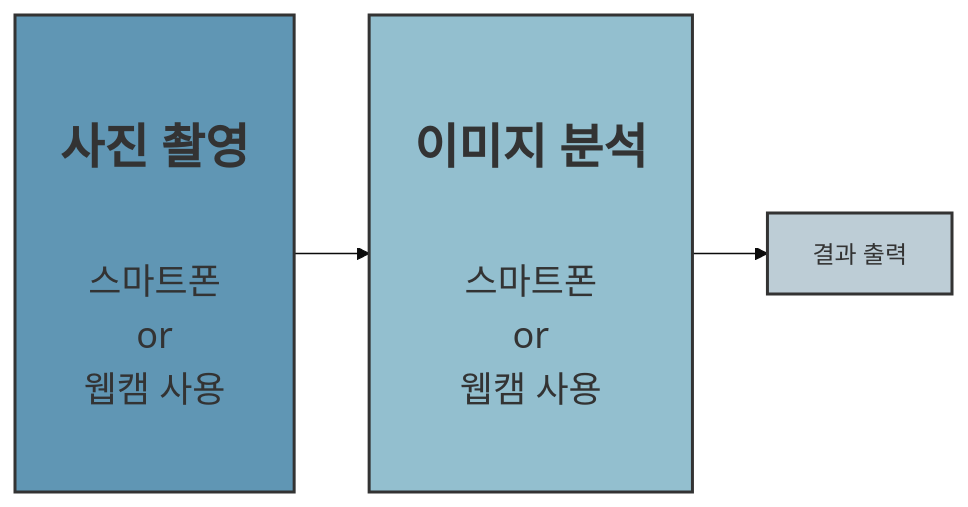
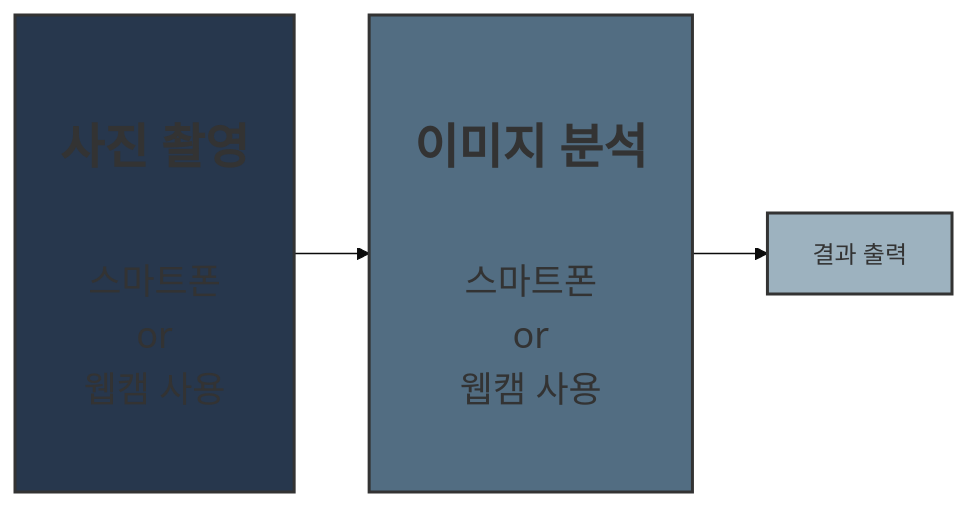
Before and after one commit to 201710808/-p: the diagram in Readme.md, drawn with Mermaid (base theme).

````diff
--- a/Readme.md
+++ b/Readme.md
@@ -3,10 +3,10 @@
 ```mermaid
 graph LR
-A[<br><br><b><span style='font-size:32px'>사진 촬영</span></b>\n\n\n<span style='font-size:24px'>스마트폰\nor\n웹캠 사용<br><br>] --> B[<br><br><b><span style='font-size:32px'>이미지 분석</span></b>\n\n\n<span style='font-size:24px'>스마트폰\nor\n웹캠 사용<br><br>]
+A[<br><br><b><span style='font-size:32px'>  사진 촬영  </span></b>\n\n\n<span style='font-size:24px'>스마트폰\nor\n웹캠 사용<br><br>] --> B[<br><br><b><span style='font-size:32px'> 이미지 분석 </span></b>\n\n\n<span style='font-size:24px'>스마트폰\nor\n웹캠 사용<br><br>]
 B --> C[결과 출력]
 
-style A fill:#6096B4,stroke:#333,stroke-width:2px
-style B fill:#93BFCF,stroke:#333,stroke-width:2px
-style C fill:#BDCDD6,stroke:#333,stroke-width:2px
+style A fill:#27374D,stroke:#333,stroke-width:2px
+style B fill:#526D82,stroke:#333,stroke-width:2px
+style C fill:#9DB2BF ,stroke:#333,stroke-width:2px
 
 ```
````
